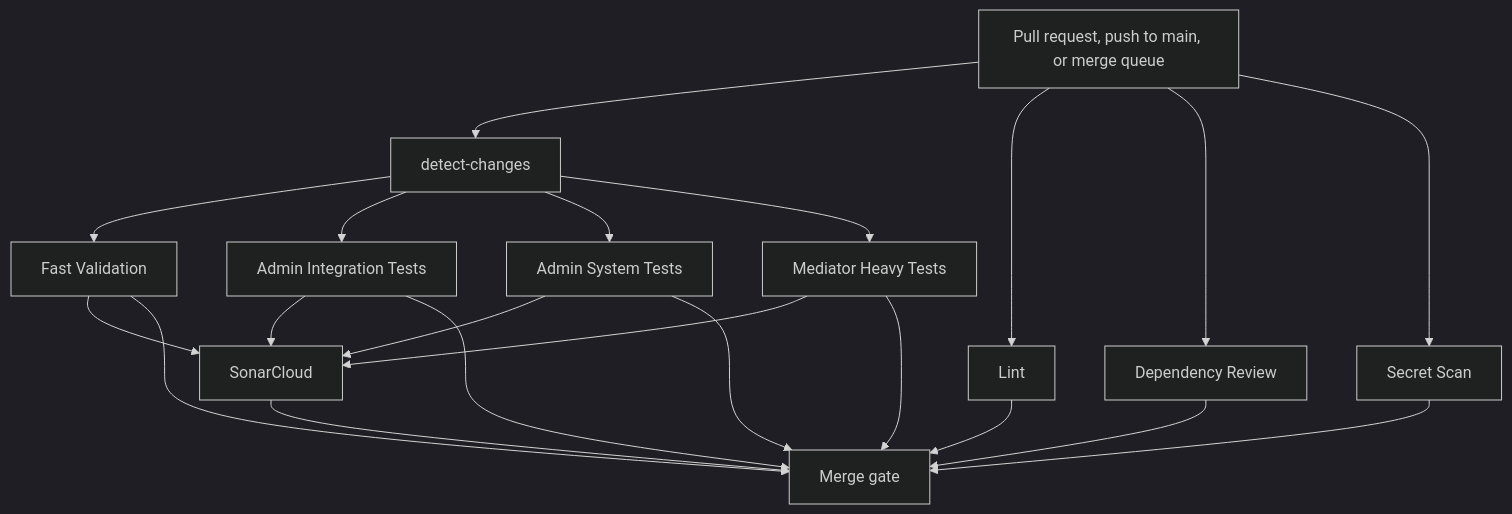
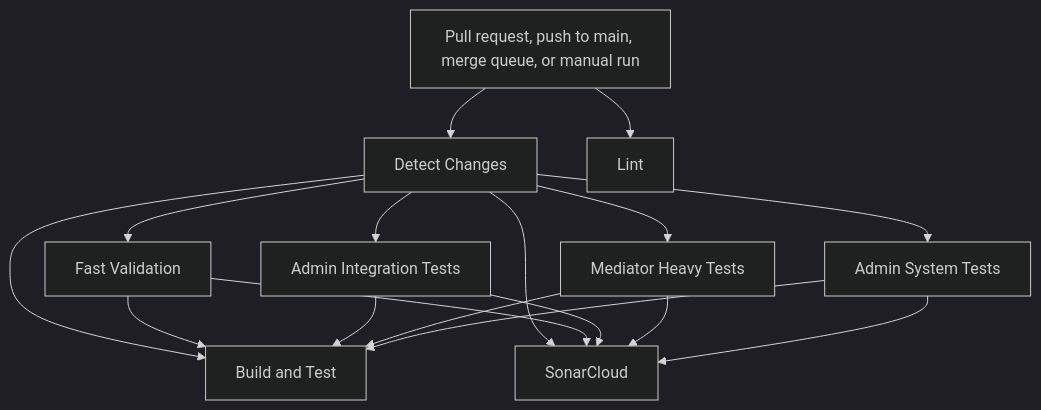
The first of 3 diagrams in docs/architecture/ci-validation-flows.md (danigutsch/ViajantesTurismo), drawn with Mermaid (dark theme) before and after one commit. The commit also changed other lines of this file and 6 other files, not shown here.

Commit message:
docs(architecture): generate source-backed diagrams

````diff
--- a/docs/architecture/ci-validation-flows.md
+++ b/docs/architecture/ci-validation-flows.md
@@ -8,35 +13,28 @@
 ```mermaid
 flowchart TB
-    pr[Pull request, push to main, or merge queue]
-    detect[detect-changes]
-    fast[Fast Validation]
-    integration[Admin Integration Tests]
-    system[Admin System Tests]
-    mediator[Mediator Heavy Tests]
+    trigger[Pull request, push to main, merge queue, or manual run]
+    detect_changes[Detect Changes]
+    fast_validation[Fast Validation]
+    admin_integration_tests[Admin Integration Tests]
+    mediator_heavy_tests[Mediator Heavy Tests]
+    admin_system_tests[Admin System Tests]
+    build_and_test[Build and Test]
+    sonarcloud[SonarCloud]
     lint[Lint]
-    sonar[SonarCloud]
-    dependency[Dependency Review]
-    secrets[Secret Scan]
-    merge[Merge gate]
-
-    pr --> detect
-    detect --> fast
-    detect --> integration
-    detect --> system
-    detect --> mediator
-    pr --> lint
-    fast --> sonar
-    integration --> sonar
-    system --> sonar
-    mediator --> sonar
-    pr --> dependency
-    pr --> secrets
-    fast --> merge
-    integration --> merge
-    system --> merge
-    mediator --> merge
-    lint --> merge
-    sonar --> merge
-    dependency --> merge
-    secrets --> merge
+    trigger --> detect_changes
+    detect_changes --> fast_validation
+    detect_changes --> admin_integration_tests
+    detect_changes --> mediator_heavy_tests
+    detect_changes --> admin_system_tests
+    detect_changes --> build_and_test
+    fast_validation --> build_and_test
+    admin_integration_tests --> build_and_test
+    mediator_heavy_tests --> build_and_test
+    admin_system_tests --> build_and_test
+    detect_changes --> sonarcloud
+    fast_validation --> sonarcloud
+    admin_integration_tests --> sonarcloud
+    mediator_heavy_tests --> sonarcloud
+    admin_system_tests --> sonarcloud
+    trigger --> lint
 ```
````
